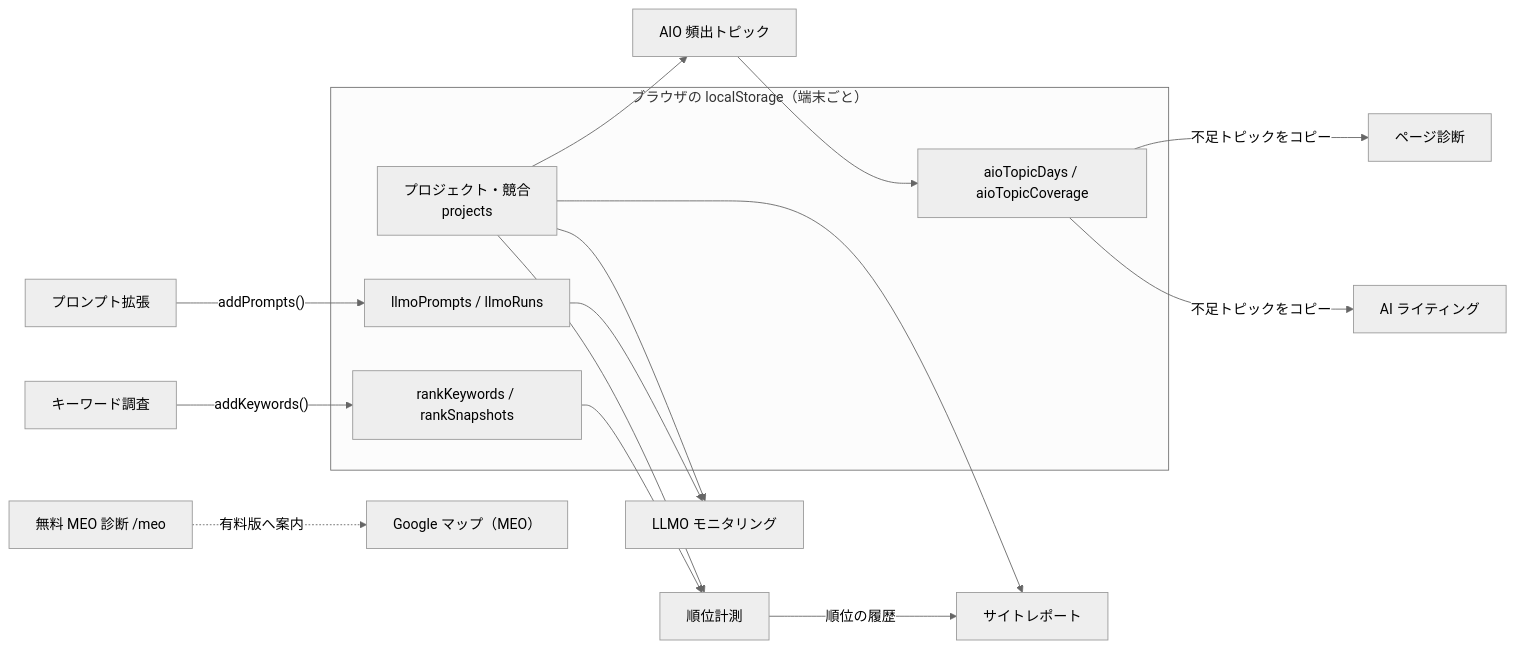
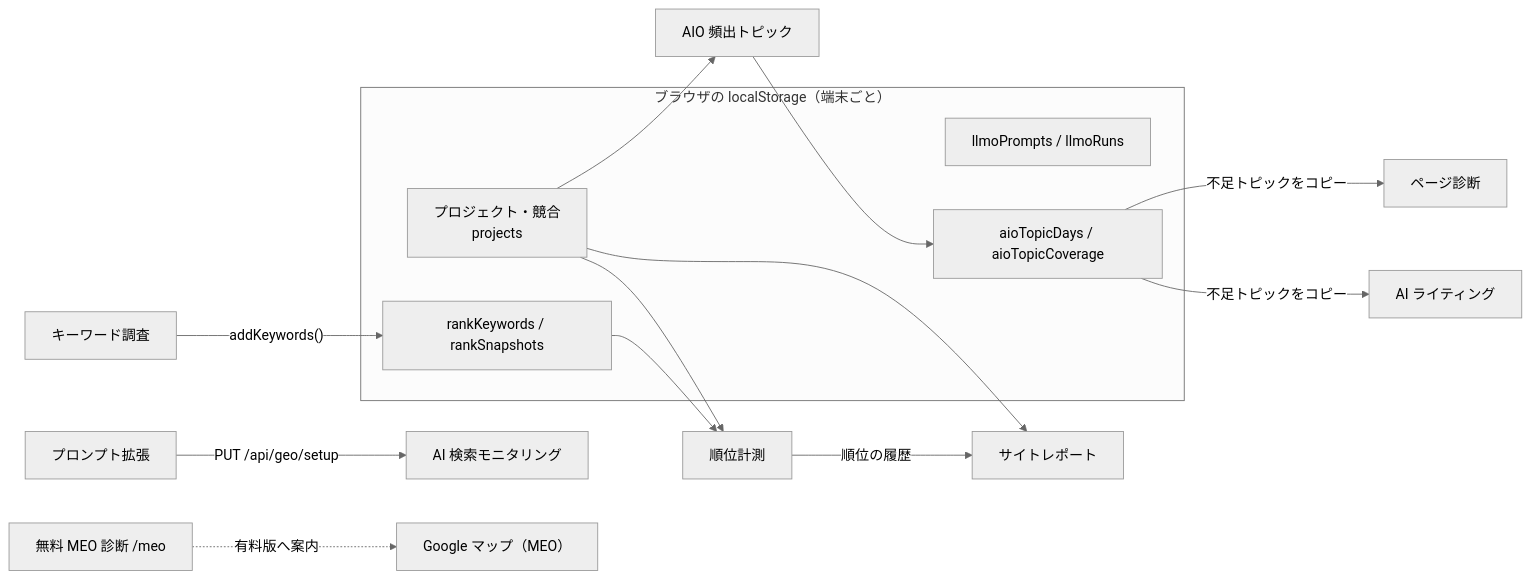
Before and after one commit to matsu609/seo-checker: the third of 4 diagrams in docs/dev/tool-map.md, drawn with Mermaid (neutral theme). The commit also changed other lines of this file and 20 other files, not shown here.

First line of the commit message:
LLMO モニタリングとセカンドオピニオンを提供終了し、AI の計測を AI 検索モニタリング（DataForSEO）に一本化

````diff
--- a/docs/dev/tool-map.md
+++ b/docs/dev/tool-map.md
@@ -171,22 +167,20 @@
 ```mermaid
 flowchart LR
   subgraph browser["ブラウザの localStorage（端末ごと）"]
     PRJ["プロジェクト・競合<br/>projects"]
     KW["rankKeywords / rankSnapshots"]
     PR["llmoPrompts / llmoRuns"]
     TP["aioTopicDays / aioTopicCoverage"]
   end
   KWT["キーワード調査"] -->|"addKeywords()"| KW
   KW --> RANK["順位計測"]
   RANK -->|"順位の履歴"| SR["サイトレポート"]
-  PEX["プロンプト拡張"] -->|"addPrompts()"| PR
-  PR --> LLMO["LLMO モニタリング"]
+  PEX["プロンプト拡張"] -->|"PUT /api/geo/setup"| GEO["AI 検索モニタリング"]
   AIO["AIO 頻出トピック"] --> TP
   TP -->|"不足トピックをコピー"| PD["ページ診断"]
   TP -->|"不足トピックをコピー"| WR["AI ライティング"]
   PRJ --> RANK
-  PRJ --> LLMO
   PRJ --> SR
   PRJ --> AIO
   FREEMEO["無料 MEO 診断 /meo"] -.->|"有料版へ案内"| MAPS["Google マップ（MEO）"]
 ```
````
